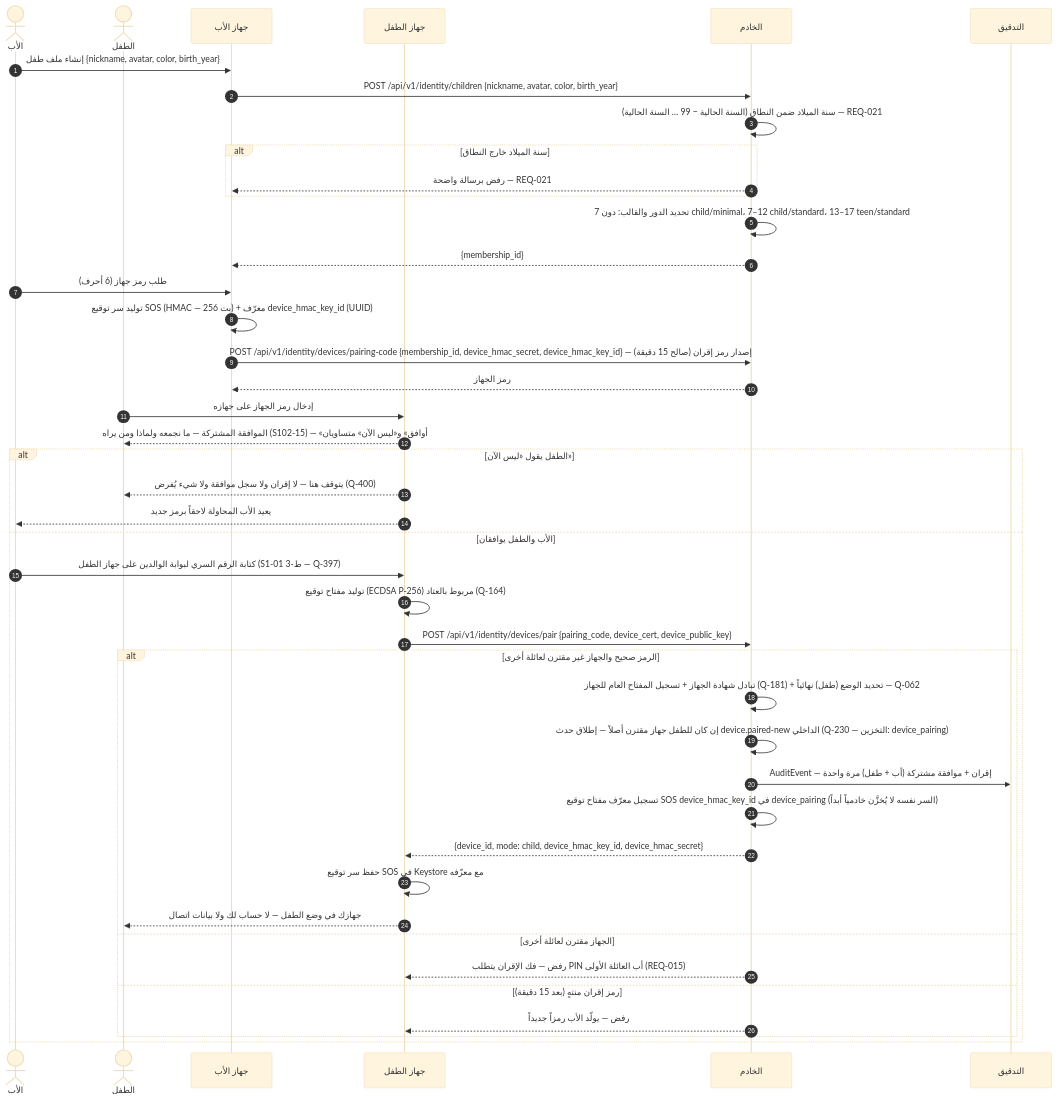
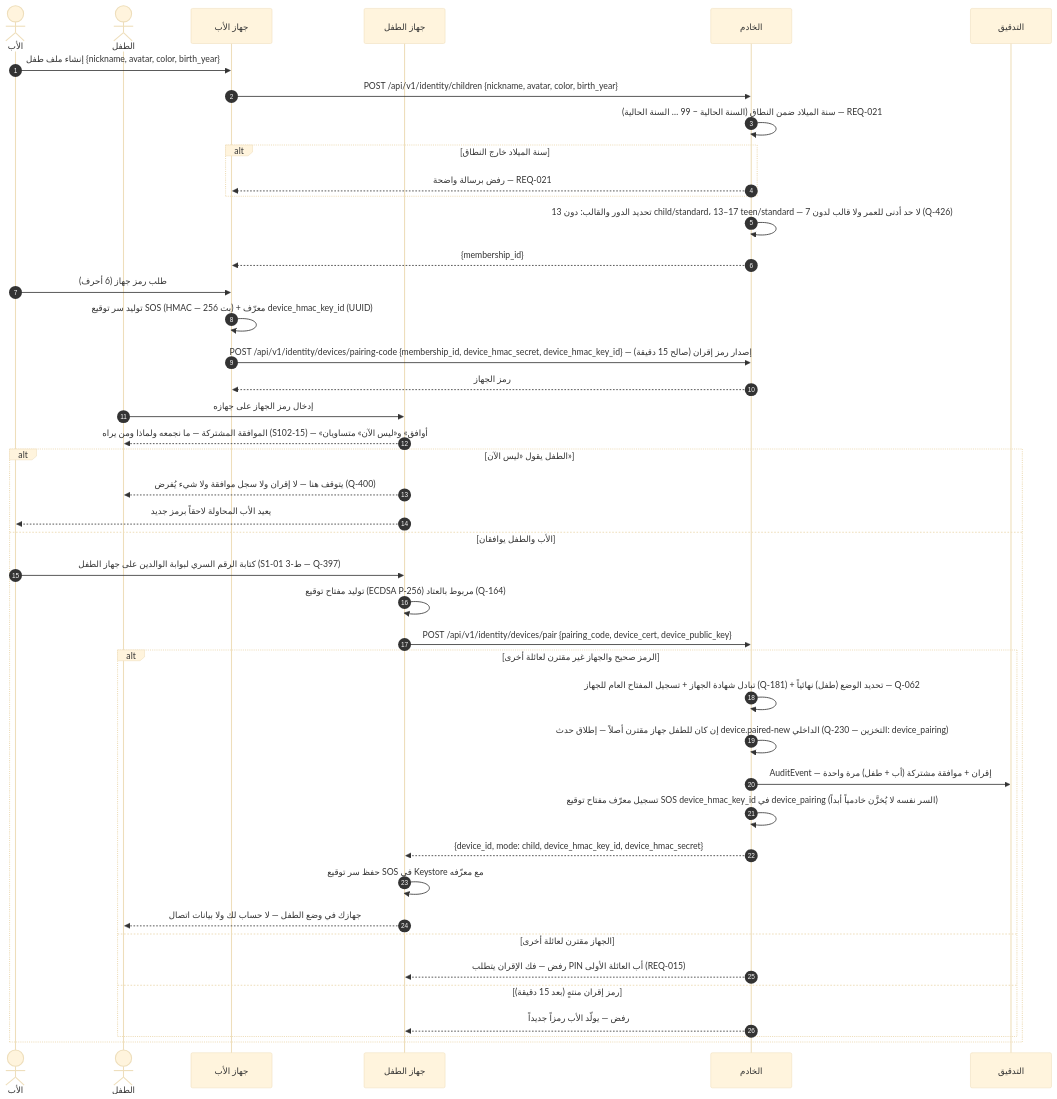
One commit to Bassam-mohammed-alqaeadi/family-os-v2 changed the sixth of 17 diagrams in docs/family-os/governance/phases/phase-1/S1-02-identity-and-onboarding/DIAGRAMS.md. Above: the diagram before and after it, drawn with Mermaid (base theme). The commit also changed other lines of this file and 22 other files, not shown here.

First line of the commit message:
docs(phase-1): redraw diagrams of the ten systems on the approved design (Q-428)

````diff
--- a/docs/family-os/governance/phases/phase-1/S1-02-identity-and-onboarding/DIAGRAMS.md
+++ b/docs/family-os/governance/phases/phase-1/S1-02-identity-and-onboarding/DIAGRAMS.md
@@ -374,45 +382,45 @@
 ```mermaid
 sequenceDiagram
     autonumber
     actor Father as الأب
     actor Child as الطفل
     participant ParentApp as جهاز الأب
     participant ChildApp as جهاز الطفل
     participant Ktor as الخادم
     participant Audit as التدقيق
     Father->>ParentApp: إنشاء ملف طفل {nickname, avatar, color, birth_year}
     ParentApp->>Ktor: POST /api/v1/identity/children {nickname, avatar, color, birth_year}
     Ktor->>Ktor: سنة الميلاد ضمن النطاق (السنة الحالية − 99 … السنة الحالية) — REQ-021
     alt سنة الميلاد خارج النطاق
         Ktor-->>ParentApp: رفض برسالة واضحة — REQ-021
     end
-    Ktor->>Ktor: تحديد الدور والقالب: دون 7 child/minimal، 7–12 child/standard، 13–17 teen/standard
+    Ktor->>Ktor: تحديد الدور والقالب: دون 13 child/standard، 13–17 teen/standard — لا حد أدنى للعمر ولا قالب لدون 7 (Q-426)
     Ktor-->>ParentApp: {membership_id}
     Father->>ParentApp: طلب رمز جهاز (6 أحرف)
     ParentApp->>ParentApp: توليد سر توقيع SOS (HMAC — 256 بت) + معرّف device_hmac_key_id (UUID)
     ParentApp->>Ktor: POST /api/v1/identity/devices/pairing-code {membership_id, device_hmac_secret, device_hmac_key_id} — إصدار رمز إقران (صالح 15 دقيقة)
     Ktor-->>ParentApp: رمز الجهاز
     Child->>ChildApp: إدخال رمز الجهاز على جهازه
     ChildApp-->>Child: الموافقة المشتركة — ما نجمعه ولماذا ومن يراه (S102-15) — «أوافق» و«ليس الآن» متساويان
     alt الطفل يقول «ليس الآن»
         ChildApp-->>Child: يتوقف هنا — لا إقران ولا سجل موافقة ولا شيء يُفرض (Q-400)
         ChildApp-->>Father: يعيد الأب المحاولة لاحقاً برمز جديد
     else الأب والطفل يوافقان
         Father->>ChildApp: كتابة الرقم السري لبوابة الوالدين على جهاز الطفل (S1-01 3-ط — Q-397)
         ChildApp->>ChildApp: توليد مفتاح توقيع (ECDSA P-256) مربوط بالعتاد (Q-164)
         ChildApp->>Ktor: POST /api/v1/identity/devices/pair {pairing_code, device_cert, device_public_key}
         alt الرمز صحيح والجهاز غير مقترن لعائلة أخرى
             Ktor->>Ktor: تبادل شهادة الجهاز + تسجيل المفتاح العام للجهاز (Q-181) + تحديد الوضع (طفل) نهائياً — Q-062
             Ktor->>Ktor: إن كان للطفل جهاز مقترن أصلاً — إطلاق حدث device.paired-new الداخلي (Q-230 — التخزين: device_pairing)
             Ktor->>Audit: AuditEvent — إقران + موافقة مشتركة (أب + طفل) مرة واحدة
             Ktor->>Ktor: تسجيل معرّف مفتاح توقيع SOS device_hmac_key_id في device_pairing (السر نفسه لا يُخزَّن خادمياً أبداً)
             Ktor-->>ChildApp: {device_id, mode: child, device_hmac_key_id, device_hmac_secret}
             ChildApp->>ChildApp: حفظ سر توقيع SOS في Keystore مع معرّفه
             ChildApp-->>Child: جهازك في وضع الطفل — لا حساب لك ولا بيانات اتصال
         else الجهاز مقترن لعائلة أخرى
             Ktor-->>ChildApp: رفض — فك الإقران يتطلب PIN أب العائلة الأولى (REQ-015)
         else رمز إقران منتهٍ (بعد 15 دقيقة)
             Ktor-->>ChildApp: رفض — يولّد الأب رمزاً جديداً
         end
     end
 ```
````
